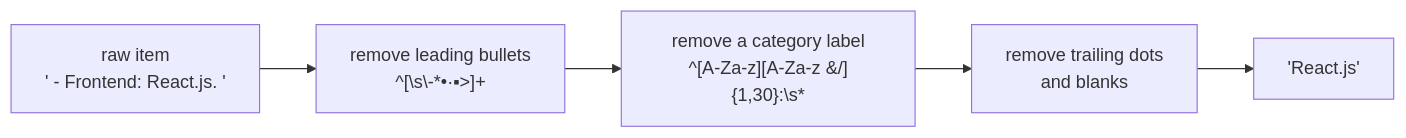
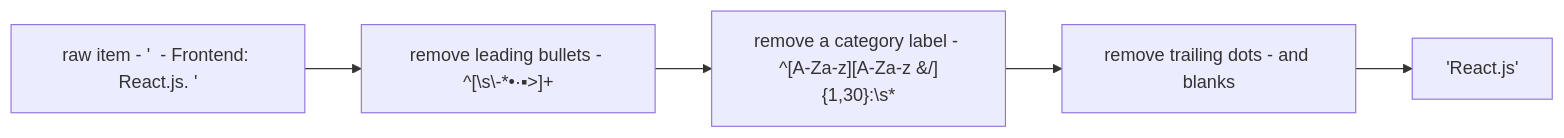
One commit to JuanJoe-18/DiscreteIII-Integrative-Task-VictorTeam changed diagram 35 of 39 in docs/stage1_regex.md. Above: the diagram before and after it, drawn with Mermaid. The commit also changed other lines of this file, not shown here.

````diff
--- a/docs/stage1_regex.md
+++ b/docs/stage1_regex.md
@@ -3034,7 +3035,7 @@
 ```mermaid
 flowchart LR
-    A["raw item<br/>'  - Frontend: React.js. '"] --> B["remove leading bullets<br/>^[\s\-*•·▪>]+"]
-    B --> C["remove a category label<br/>^[A-Za-z][A-Za-z &/]{1,30}:\s*"]
-    C --> D["remove trailing dots<br/>and blanks"]
+    A["raw item - '  - Frontend: React.js. '"] --> B["remove leading bullets - ^[\s\-*•·▪>]+"]
+    B --> C["remove a category label - ^[A-Za-z][A-Za-z &/]{1,30}:\s*"]
+    C --> D["remove trailing dots - and blanks"]
     D --> E["'React.js'"]
 ```
````
